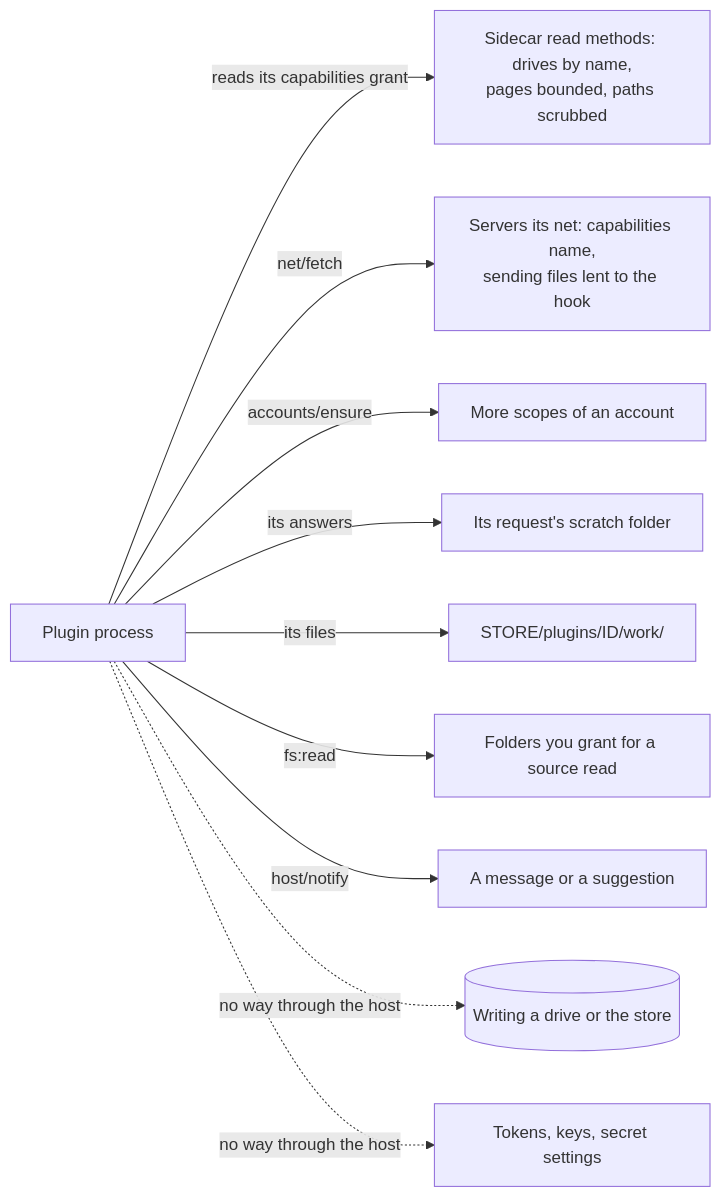
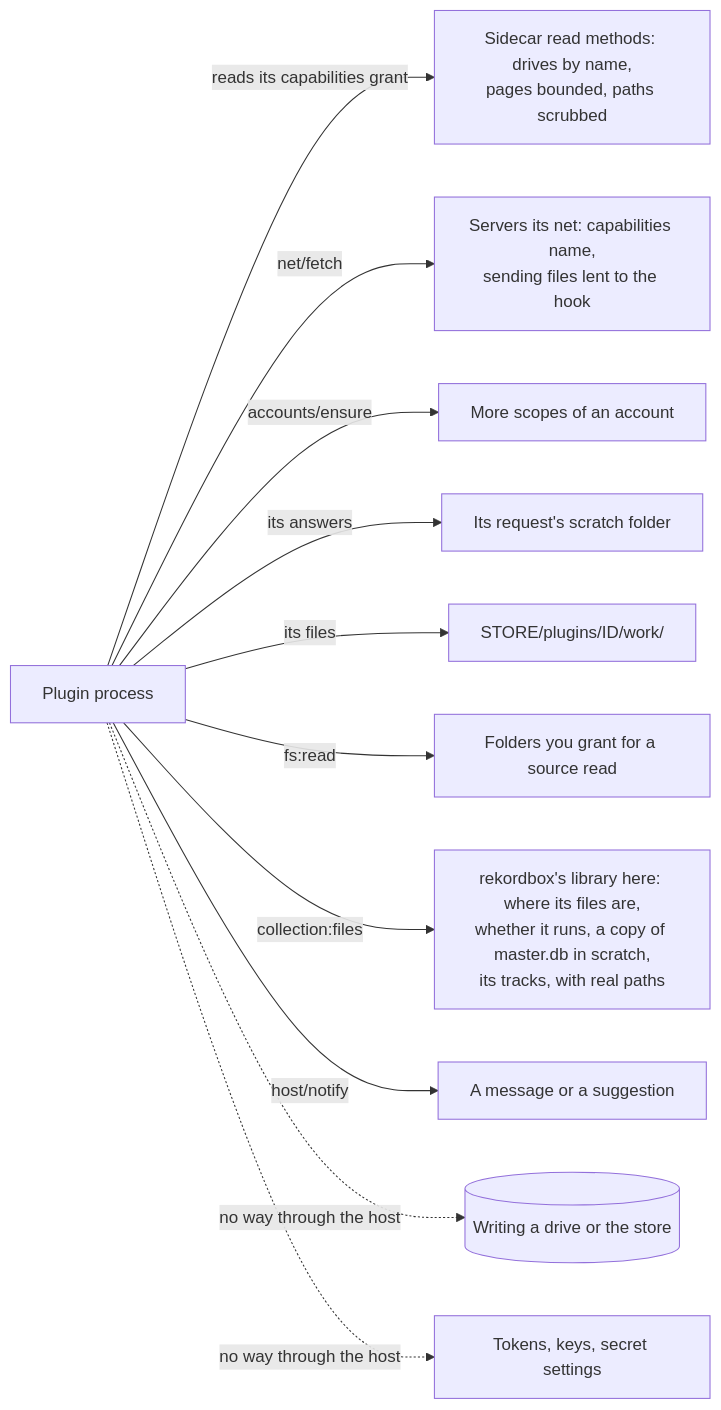
Before and after one commit to cutenode/localnetwork: the eighth of 17 diagrams in apps/locallibrary/docs/diagrams/plugins.md, drawn with Mermaid. The commit also changed other lines of this file, not shown here.

First line of the commit message:
docs(locallibrary): show collection:files among what a plugin can reach

````diff
--- a/apps/locallibrary/docs/diagrams/plugins.md
+++ b/apps/locallibrary/docs/diagrams/plugins.md
@@ -182,12 +182,13 @@
 ```mermaid
 flowchart LR
     plugin["Plugin process"] -->|"reads its capabilities grant"| reads["Sidecar read methods: drives by name,<br/>pages bounded, paths scrubbed"]
     plugin -->|"net/fetch"| net["Servers its net: capabilities name,<br/>sending files lent to the hook"]
     plugin -->|"accounts/ensure"| ensure["More scopes of an account"]
     plugin -->|"its answers"| scratch["Its request's scratch folder"]
     plugin -->|"its files"| work["STORE/plugins/ID/work/"]
     plugin -->|"fs:read"| folders["Folders you grant for a source read"]
+    plugin -->|"collection:files"| rekordbox["rekordbox's library here: where its files are,<br/>whether it runs, a copy of master.db in scratch,<br/>its tracks, with real paths"]
     plugin -->|"host/notify"| notify["A message or a suggestion"]
     plugin -.->|"no way through the host"| drive[("Writing a drive or the store")]
     plugin -.->|"no way through the host"| tokens["Tokens, keys, secret settings"]
 ```
````
